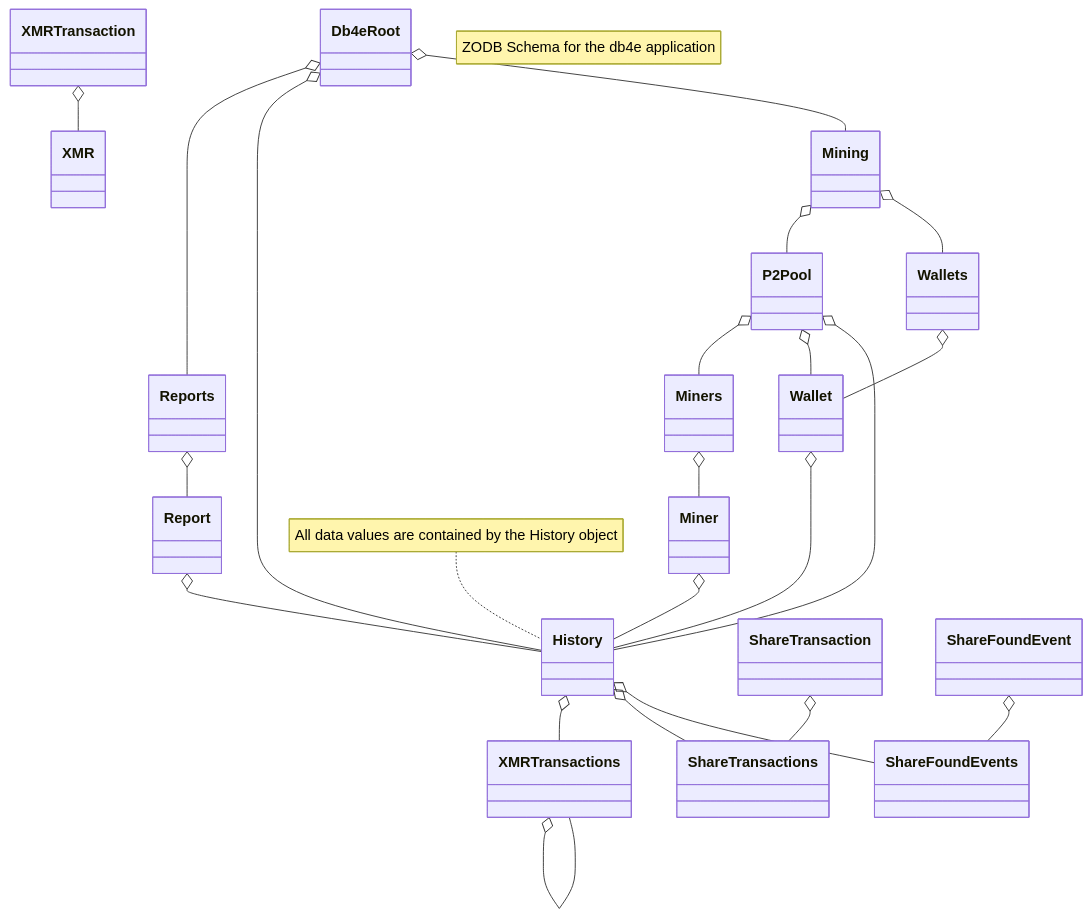
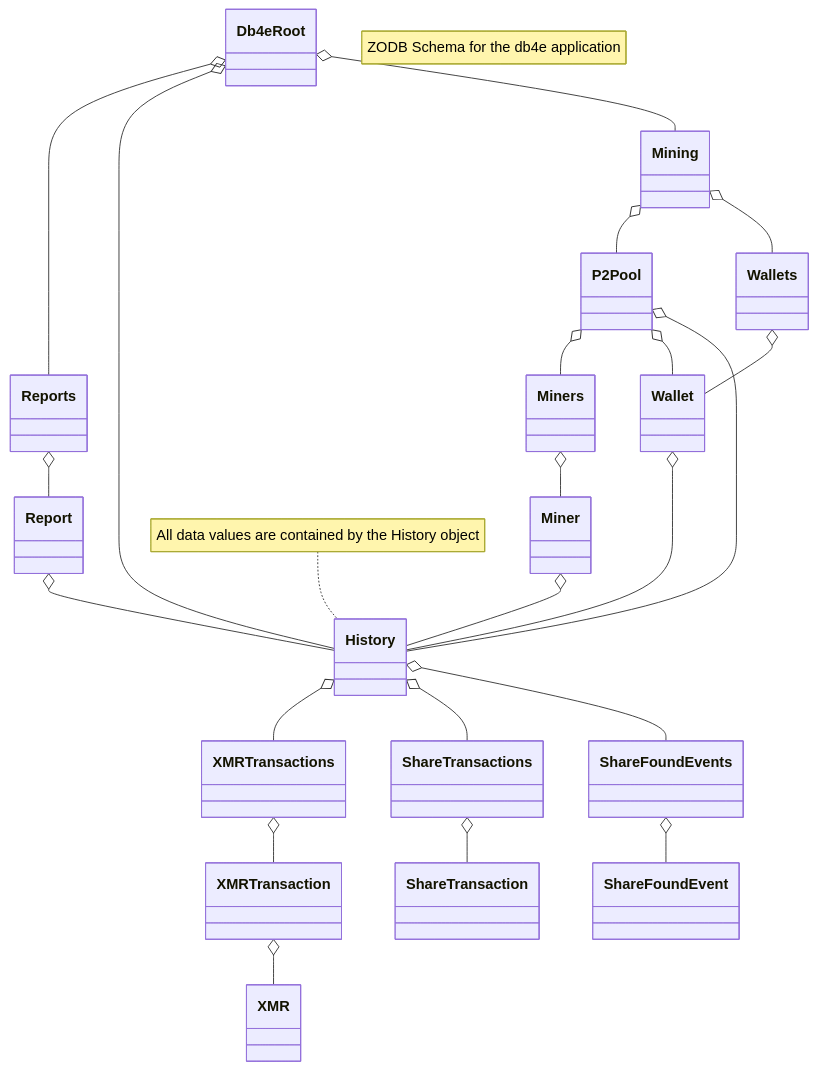
Before and after one commit to NadimGhaznavi/myzodb: the diagram in _posts/2024-06-05-ZODB-Schema.md, drawn with Mermaid.

```diff
--- a/_posts/2024-06-05-ZODB-Schema.md
+++ b/_posts/2024-06-05-ZODB-Schema.md
@@ -12,33 +12,33 @@
 <pre class="mermaid">    
   classDiagram
     note "ZODB Schema for the db4e application"
     Db4eRoot o-- Reports
     Db4eRoot o-- History
     Db4eRoot o-- Mining
     
     Reports o-- Report
     
     Mining o-- P2Pool
     Mining o-- Wallets
 
     Wallets o-- Wallet
 
     P2Pool o-- Miners
     Miners o-- Miner
     P2Pool o-- Wallet
     P2Pool o-- History
         
     Report o-- History
     Wallet o-- History
     Miner o-- History
         
     History o-- XMRTransactions
     History o-- ShareTransactions
     History o-- ShareFoundEvents
-    XMRTransactions o-- XMRTransactions
-    ShareTransaction o-- ShareTransactions
-    ShareFoundEvent o-- ShareFoundEvents
+    XMRTransactions o-- XMRTransaction
+    ShareTransactions o-- ShareTransaction
+    ShareFoundEvents o-- ShareFoundEvent
 
     XMRTransaction o-- XMR
     note for History "All data values are contained by the History object"
 </pre>
```
